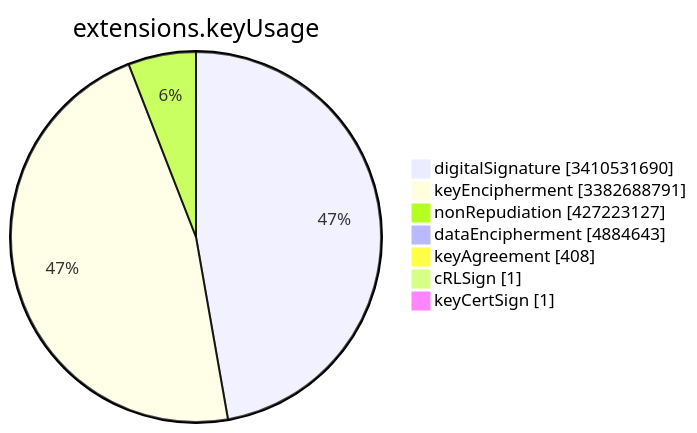
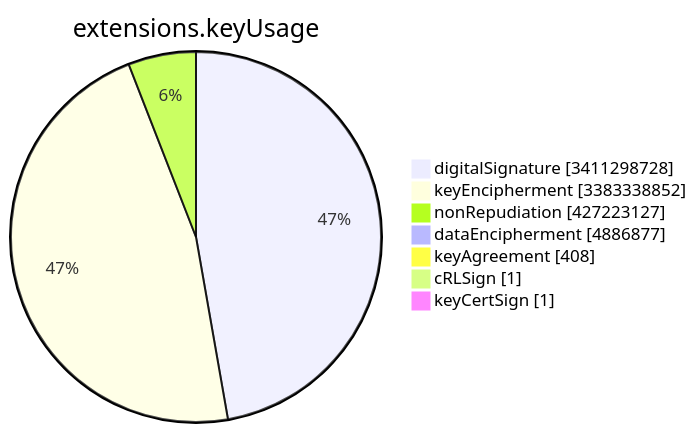
Before and after one commit to christiankrug/ctmonitor_visualization: the sixth of 15 diagrams in TOTAL/README.md, drawn with Mermaid. The commit also changed other lines of this file, not shown here.

````diff
--- a/TOTAL/README.md
+++ b/TOTAL/README.md
@@ -3081,11 +3081,11 @@
 ```mermaid
 pie showData
 title extensions.keyUsage
-"digitalSignature" :3410531690
-"keyEncipherment" :3382688791
+"digitalSignature" :3411298728
+"keyEncipherment" :3383338852
 "nonRepudiation" :427223127
-"dataEncipherment" :4884643
+"dataEncipherment" :4886877
 "keyAgreement" :408
 "cRLSign" :1
 "keyCertSign" :1
 ```
````
